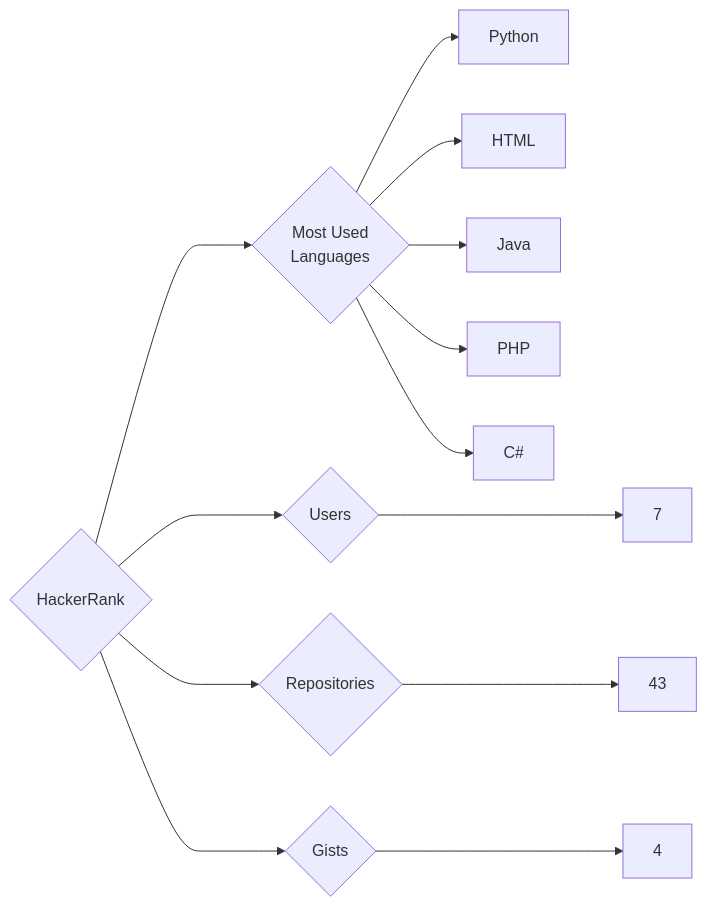
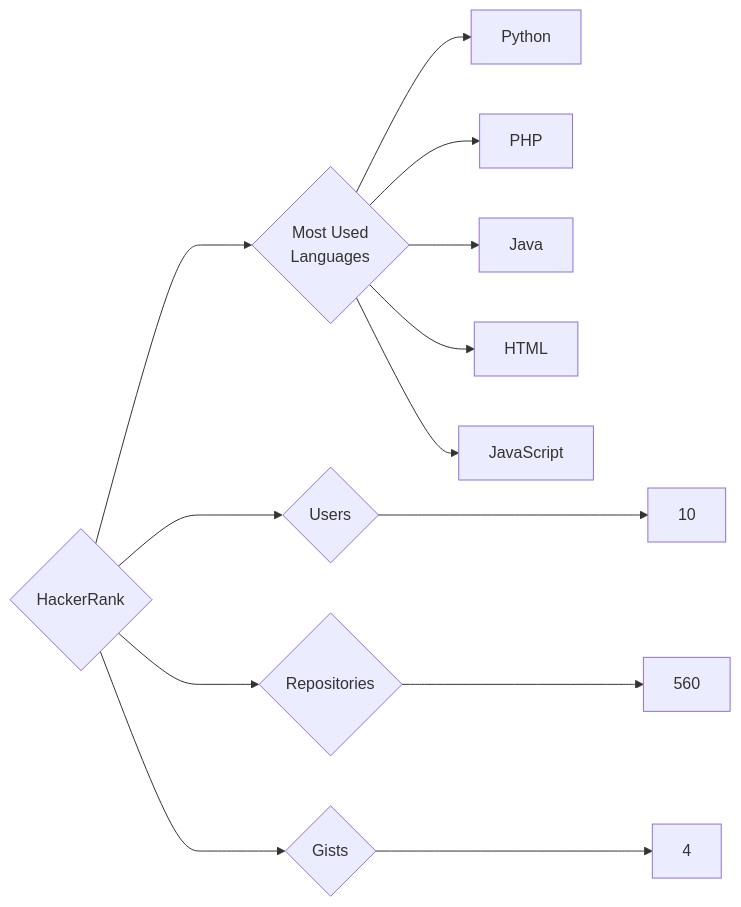
The diagram in targets/HackerRank/README.md (trickest/insiders), drawn with Mermaid before and after one commit. The commit also changed 1020 other files, not shown here.

````diff
--- a/targets/HackerRank/README.md
+++ b/targets/HackerRank/README.md
@@ -3,13 +3,13 @@
 ```mermaid
 graph LR
 COMPANY_NAME{HackerRank}
-COMPANY_NAME ---> U{Users} ---> UN[7]
-COMPANY_NAME ---> R{Repositories} ---> RN[43]
+COMPANY_NAME ---> U{Users} ---> UN[10]
+COMPANY_NAME ---> R{Repositories} ---> RN[560]
 COMPANY_NAME ---> G{Gists} ---> GN[4]
 COMPANY_NAME ---> ML{Most Used<br>Languages}
 ML --> Python[Python]
+ML --> PHP[PHP]
+ML --> Java[Java]
 ML --> HTML[HTML]
-ML --> Java[Java]
-ML --> PHP[PHP]
-ML --> C#[C#]
+ML --> JavaScript[JavaScript]
 ```
````
